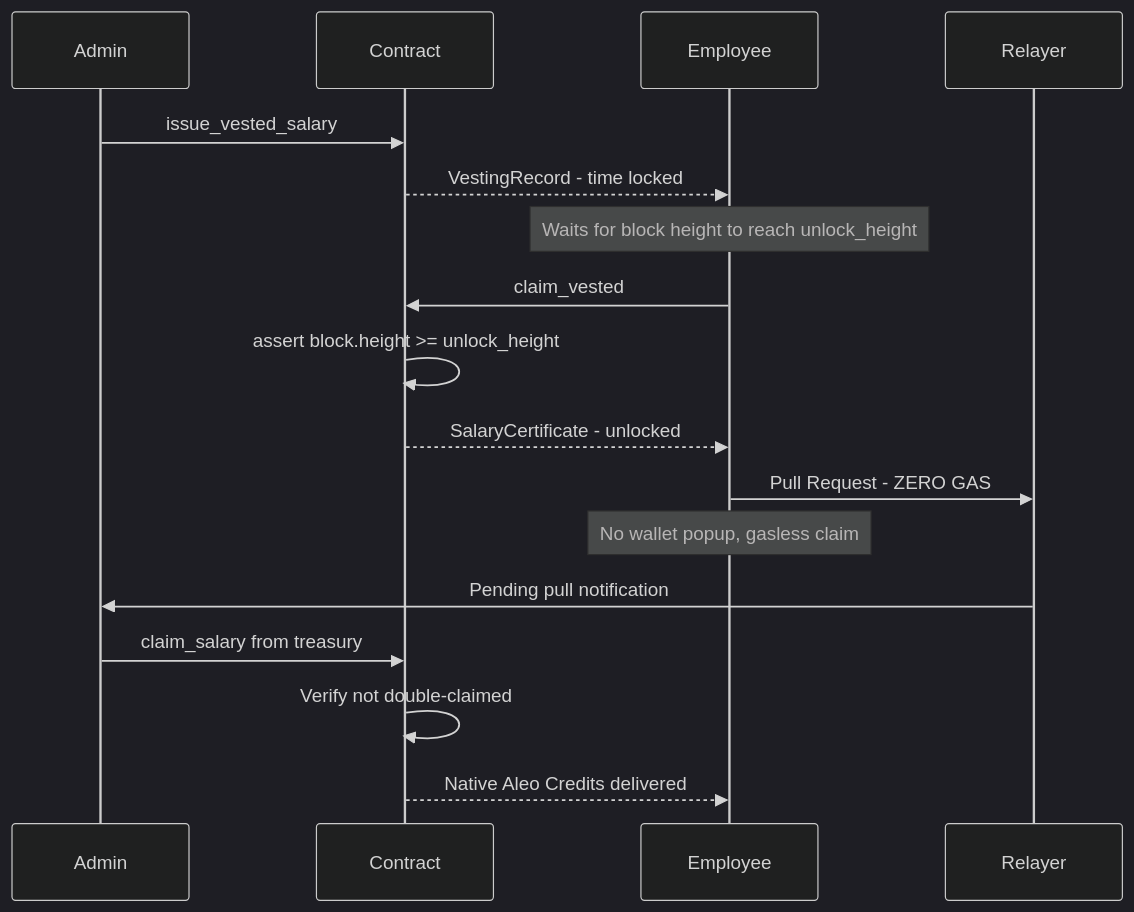
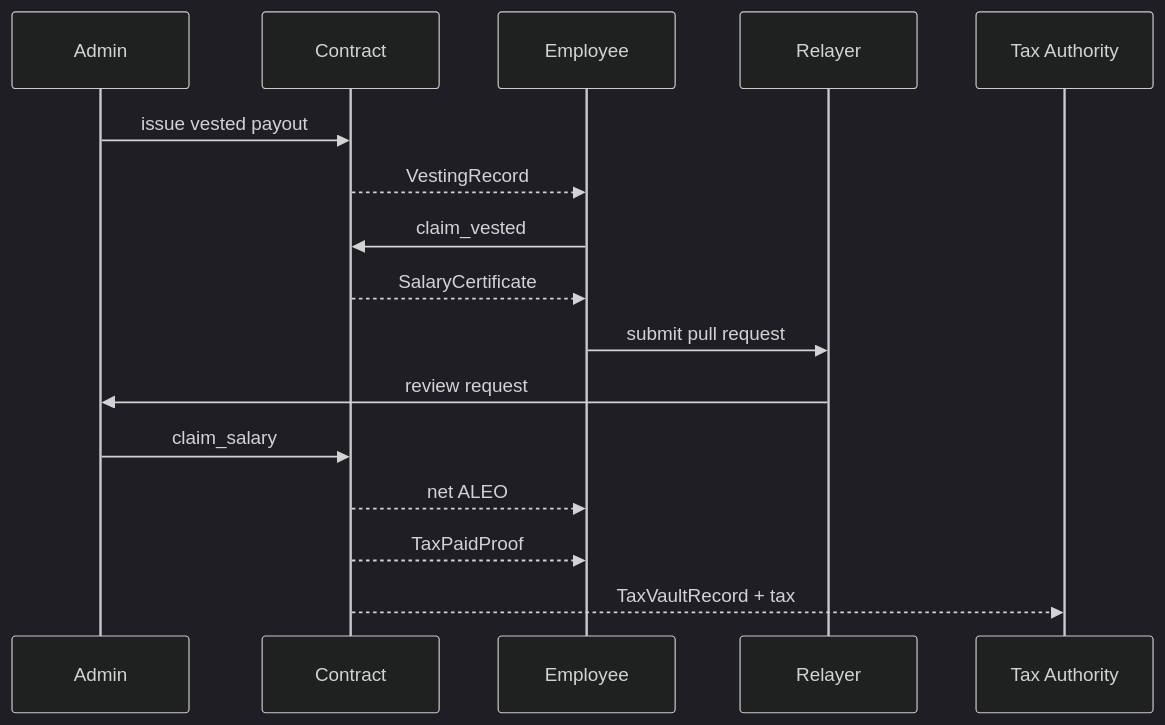
The third of 5 diagrams in README.md (PhanTom497/zk_payroll), drawn with Mermaid (dark theme) before and after one commit. The commit also changed other lines of this file and 5 other files, not shown here.

Commit message:
updated readme , architecture , roadmap etc.

````diff
--- a/README.md
+++ b/README.md
@@ -162,24 +211,19 @@
 ```mermaid
 sequenceDiagram
-    participant Admin
-    participant Contract
-    participant Employee
-    participant Relayer
+    participant A as Admin
+    participant C as Contract
+    participant E as Employee
+    participant R as Relayer
+    participant T as Tax Authority
 
-    Admin->>Contract: issue_vested_salary
-    Contract-->>Employee: VestingRecord - time locked
-
-    Note over Employee: Waits for block height to reach unlock_height
-
-    Employee->>Contract: claim_vested
-    Contract->>Contract: assert block.height >= unlock_height
-    Contract-->>Employee: SalaryCertificate - unlocked
-
-    Employee->>Relayer: Pull Request - ZERO GAS
-    Note over Employee: No wallet popup, gasless claim
-
-    Relayer->>Admin: Pending pull notification
-    Admin->>Contract: claim_salary from treasury
-    Contract->>Contract: Verify not double-claimed
-    Contract-->>Employee: Native Aleo Credits delivered
+    A->>C: issue vested payout
+    C-->>E: VestingRecord
+    E->>C: claim_vested
+    C-->>E: SalaryCertificate
+    E->>R: submit pull request
+    R->>A: review request
+    A->>C: claim_salary
+    C-->>E: net ALEO
+    C-->>E: TaxPaidProof
+    C-->>T: TaxVaultRecord + tax
 ```
````
